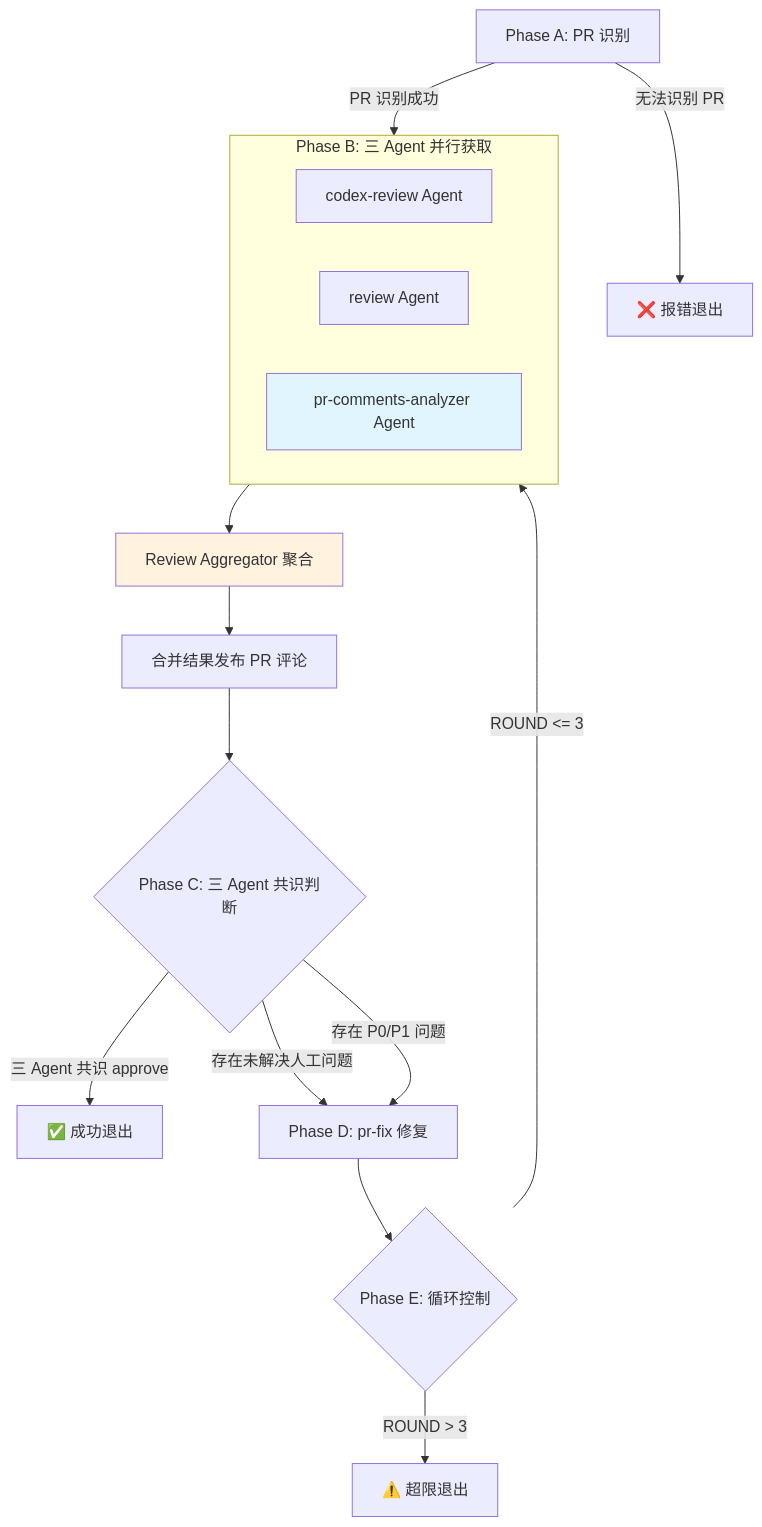
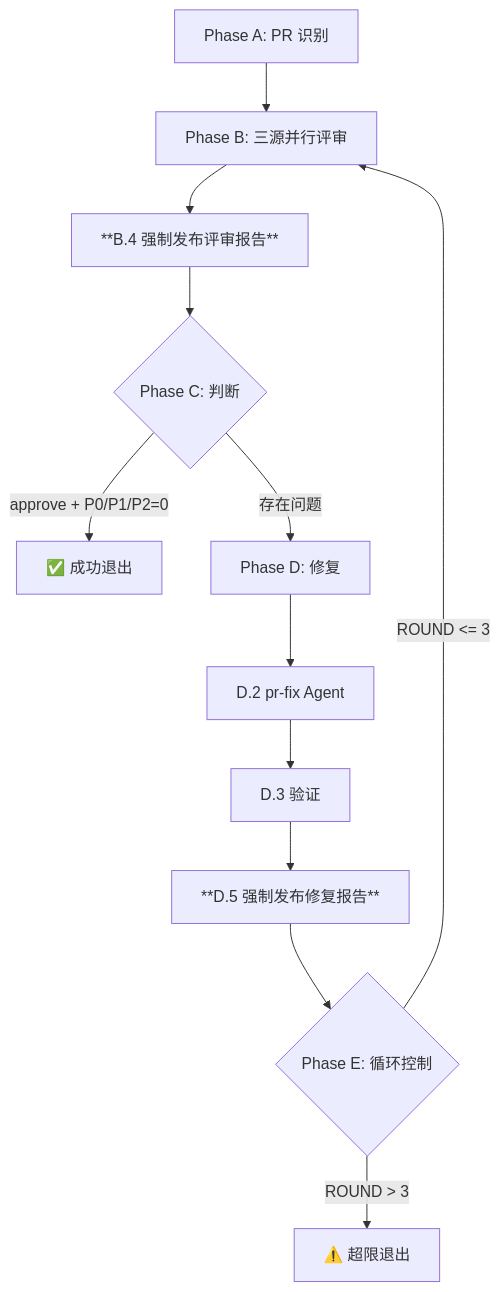
Before and after one commit to rangershi/mydx: the diagram in dx/commands/pr-review-loop.md, drawn with Mermaid. The commit also changed other lines of this file and 1 other file, not shown here.

````diff
--- a/dx/commands/pr-review-loop.md
+++ b/dx/commands/pr-review-loop.md
@@ -1016,26 +465,17 @@
 ```mermaid
 flowchart TD
-    A[Phase A: PR 识别] --> |无法识别 PR| A_ERR[❌ 报错退出]
-    A --> |PR 识别成功| B[Phase B: 三 Agent 并行评审]
+    A[Phase A: PR 识别] --> B[Phase B: 三源并行评审]
+    B --> B_PUB[**B.4 强制发布评审报告**]
+    B_PUB --> C{Phase C: 判断}
 
-    subgraph B[Phase B: 三 Agent 并行获取]
-        B1[codex-review Agent]
-        B2[review Agent]
-        B3[pr-comments-analyzer Agent]
-    end
+    C --> |approve + P0/P1/P2=0| E_OK[✅ 成功退出]
+    C --> |存在问题| D[Phase D: 修复]
 
-    B --> B_AGG[Review Aggregator 聚合]
-    B_AGG --> B_CMT[合并结果发布 PR 评论]
-    B_CMT --> C{Phase C: 三 Agent 共识判断}
+    D --> D_FIX[D.2 pr-fix Agent]
+    D_FIX --> D_VER[D.3 验证]
+    D_VER --> D_PUB[**D.5 强制发布修复报告**]
+    D_PUB --> E{Phase E: 循环控制}
 
-    C --> |三 Agent 共识 approve| E_OK[✅ 成功退出]
-    C --> |存在未解决人工问题| D[Phase D: pr-fix 修复]
-    C --> |存在 P0/P1 问题| D
-
-    D --> E{Phase E: 循环控制}
     E --> |ROUND <= 3| B
     E --> |ROUND > 3| F[⚠️ 超限退出]
-
-    style B3 fill:#e1f5fe
-    style B_AGG fill:#fff3e0
 ```
````
